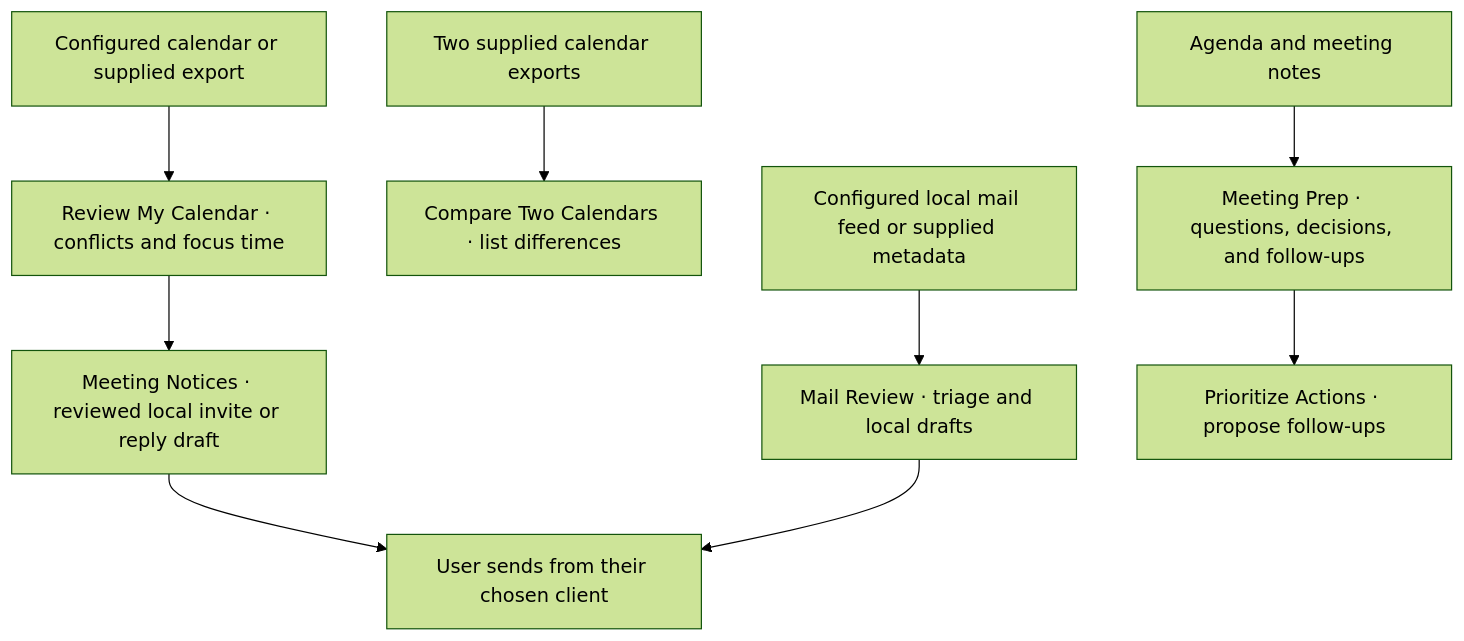
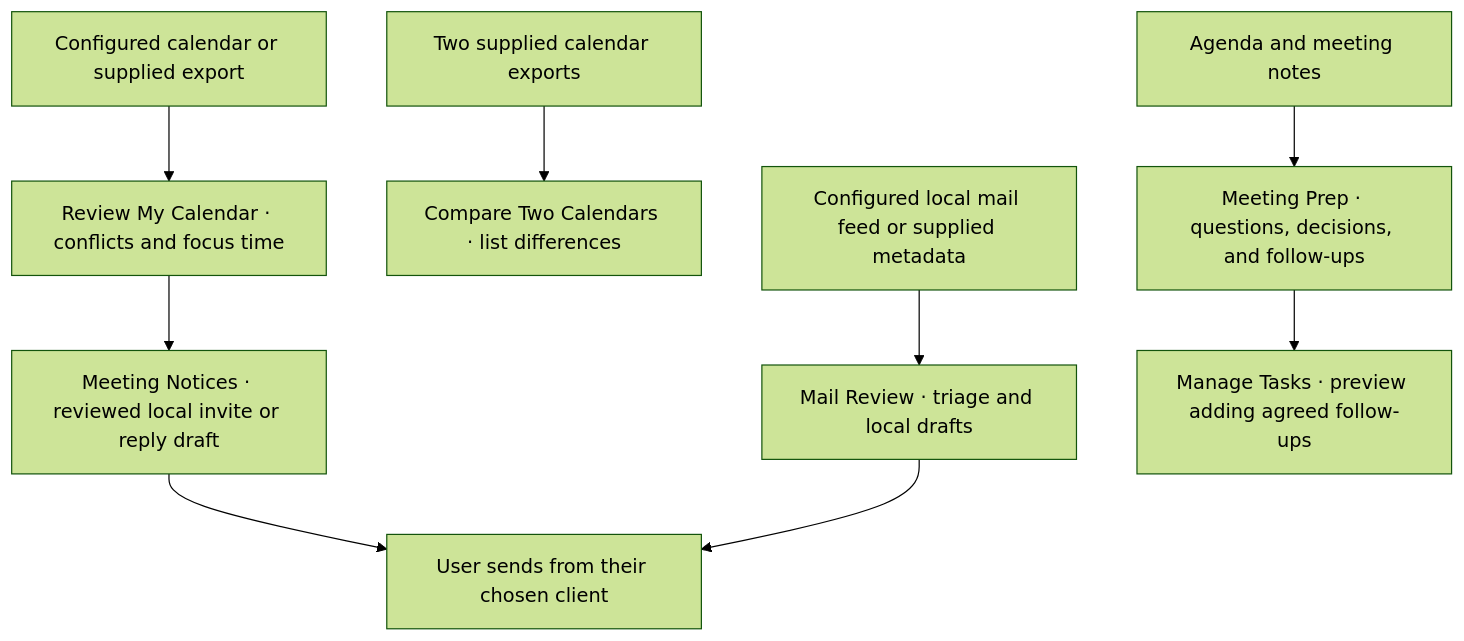
Before and after one commit to Thompson632/executive-assistant: the sixth of 8 diagrams in docs/WORKFLOW-DIAGRAMS.md, drawn with Mermaid (forest theme). The commit also changed other lines of this file and 3 other files, not shown here.

````diff
--- a/docs/WORKFLOW-DIAGRAMS.md
+++ b/docs/WORKFLOW-DIAGRAMS.md
@@ -166,11 +164,11 @@
 ```mermaid
 flowchart TD
     calendar["Configured calendar or supplied export"] --> manage["Review My Calendar · conflicts and focus time"]
     snapshots["Two supplied calendar exports"] --> compare["Compare Two Calendars · list differences"]
     mail["Configured local mail feed or supplied metadata"] --> inbox["Mail Review · triage and local drafts"]
     meeting["Agenda and meeting notes"] --> prep["Meeting Prep · questions, decisions, and follow-ups"]
     manage --> notice["Meeting Notices · reviewed local invite or reply draft"]
     notice --> client["User sends from their chosen client"]
     inbox --> client
-    prep --> triage["Prioritize Actions · propose follow-ups"]
+    prep --> triage["Manage Tasks · preview adding agreed follow-ups"]
 ```
````
